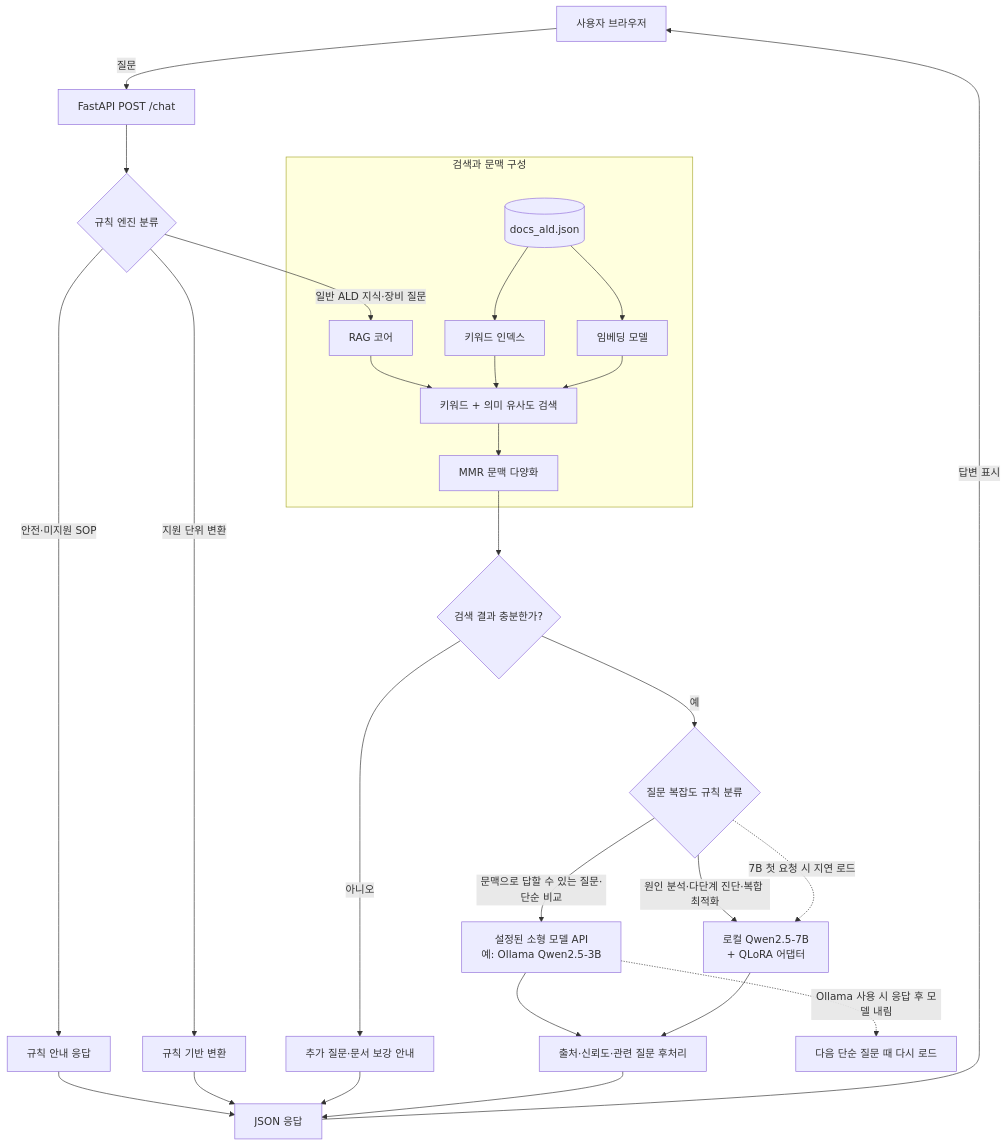
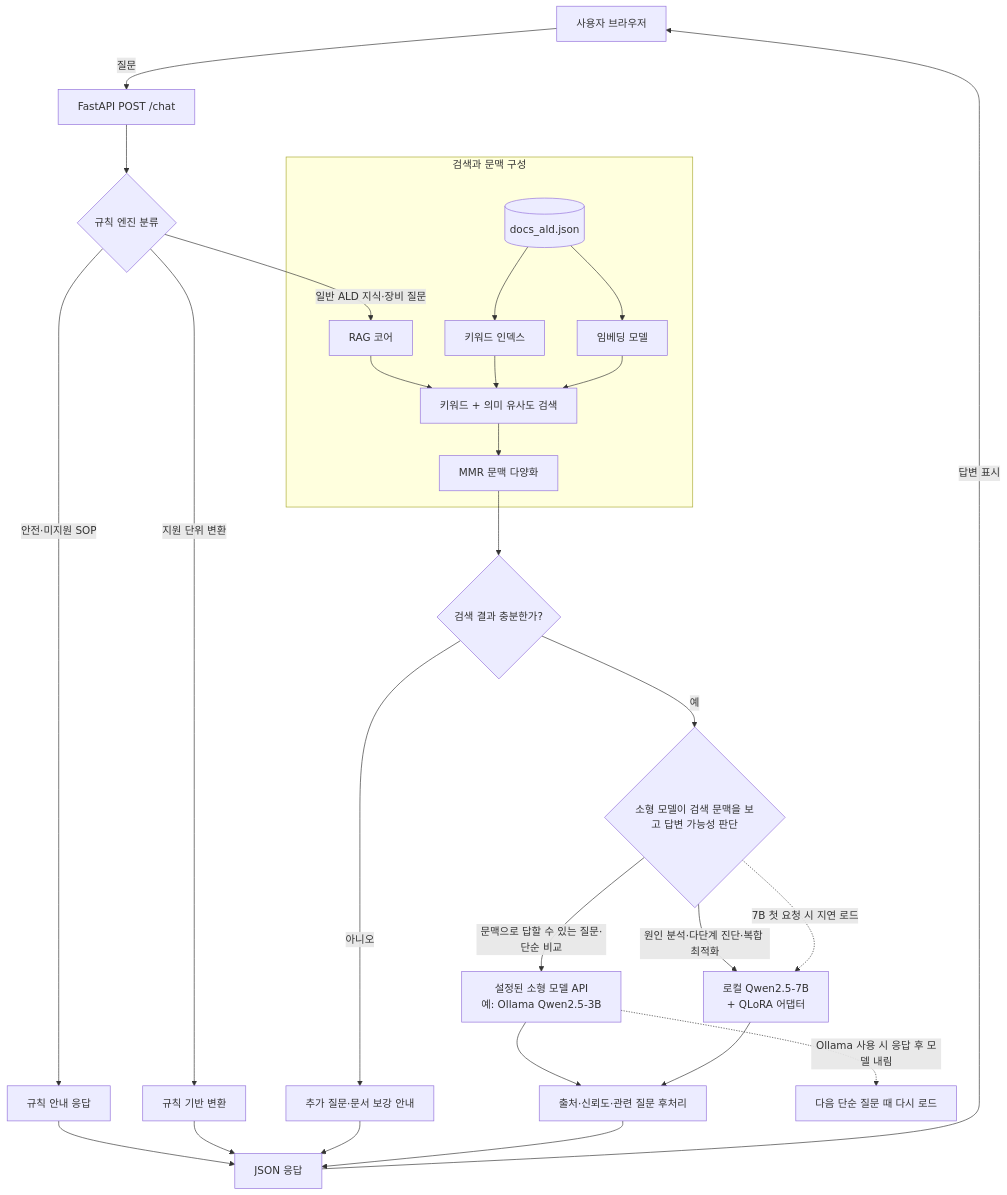
Before and after one commit to woojj5/ALD_RAG_Modified: the diagram in README.md, drawn with Mermaid. The commit also changed other lines of this file and 1 other file, not shown here.

Commit message:
fix: detailed architecture

````diff
--- a/README.md
+++ b/README.md
@@ -31,33 +31,33 @@
 ```mermaid
 flowchart TD
     U[사용자 브라우저] -->|질문| API[FastAPI POST /chat]
     API --> RULE{규칙 엔진 분류}
     RULE -->|안전·미지원 SOP| RULE_REPLY[규칙 안내 응답]
     RULE -->|지원 단위 변환| CONVERT[규칙 기반 변환]
     RULE -->|일반 ALD 지식·장비 질문| RAG[RAG 코어]
 
     subgraph RETRIEVAL[검색과 문맥 구성]
         DOCS[(docs_ald.json)] --> INDEX[키워드 인덱스]
         DOCS --> EMBED[임베딩 모델]
         RAG --> HYBRID[키워드 + 의미 유사도 검색]
         INDEX --> HYBRID
         EMBED --> HYBRID
         HYBRID --> MMR[MMR 문맥 다양화]
     end
 
     MMR --> GATE{검색 결과 충분한가?}
     GATE -->|아니오| NOCTX[추가 질문·문서 보강 안내]
-    GATE -->|예| ROUTER{질문 복잡도 규칙 분류}
+    GATE -->|예| ROUTER{소형 모델이 검색 문맥을 보고 답변 가능성 판단}
     ROUTER -->|문맥으로 답할 수 있는 질문·단순 비교| SMALL[설정된 소형 모델 API<br/>예: Ollama Qwen2.5-3B]
     ROUTER -->|원인 분석·다단계 진단·복합 최적화| LARGE[로컬 Qwen2.5-7B<br/>+ QLoRA 어댑터]
     SMALL --> POST[출처·신뢰도·관련 질문 후처리]
     LARGE --> POST
     RULE_REPLY --> OUT[JSON 응답]
     CONVERT --> OUT
     NOCTX --> OUT
     POST --> OUT
     OUT -->|답변 표시| U
 
     SMALL -. Ollama 사용 시 응답 후 모델 내림 .-> OLLAMA[다음 단순 질문 때 다시 로드]
     ROUTER -. 7B 첫 요청 시 지연 로드 .-> LARGE
 ```
````
